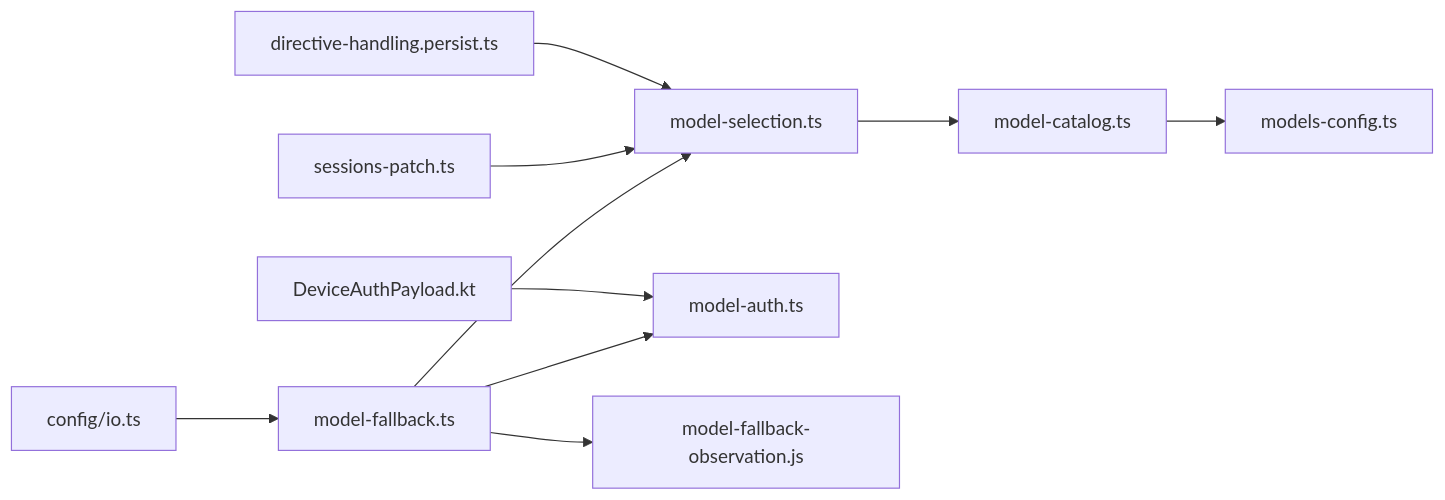
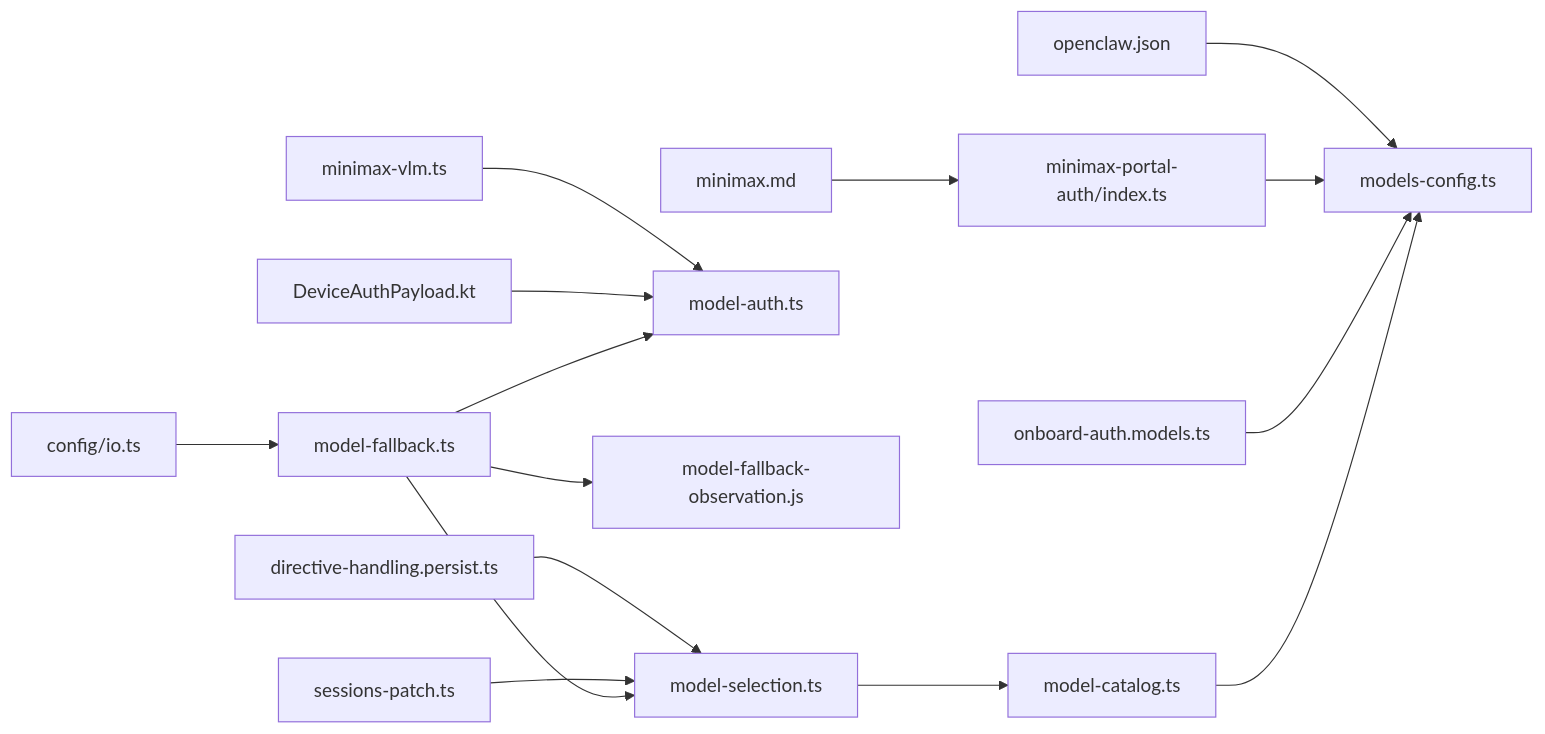
Before and after one commit to verse-ai-org/openclaw: the ninth of 9 diagrams in .qoder/repowiki/zh/content/核心概念/模型管理.md, drawn with Mermaid. The commit also changed other lines of this file and 32 other files, not shown here.

````diff
--- a/.qoder/repowiki/zh/content/核心概念/模型管理.md
+++ b/.qoder/repowiki/zh/content/核心概念/模型管理.md
@@ -336,12 +523,17 @@
 ```mermaid
 graph LR
 MSel["model-selection.ts"] --> MCat["model-catalog.ts"]
 MCat --> MConf["models-config.ts"]
 MFall["model-fallback.ts"] --> MAuth["model-auth.ts"]
 MFall --> MSel
 MFall --> MObs["model-fallback-observation.js"]
 SessPatch["sessions-patch.ts"] --> MSel
 DirPersist["directive-handling.persist.ts"] --> MSel
 CfgIO["config/io.ts"] --> MFall
 DevAuth["DeviceAuthPayload.kt"] --> MAuth
+MinimaxModels["onboard-auth.models.ts"] --> MConf
+MinimaxPlugin["minimax-portal-auth/index.ts"] --> MConf
+MinimaxVLM["minimax-vlm.ts"] --> MAuth
+OpenClawJSON["openclaw.json"] --> MConf
+MinimaxDocs["minimax.md"] --> MinimaxPlugin
 ```
````
